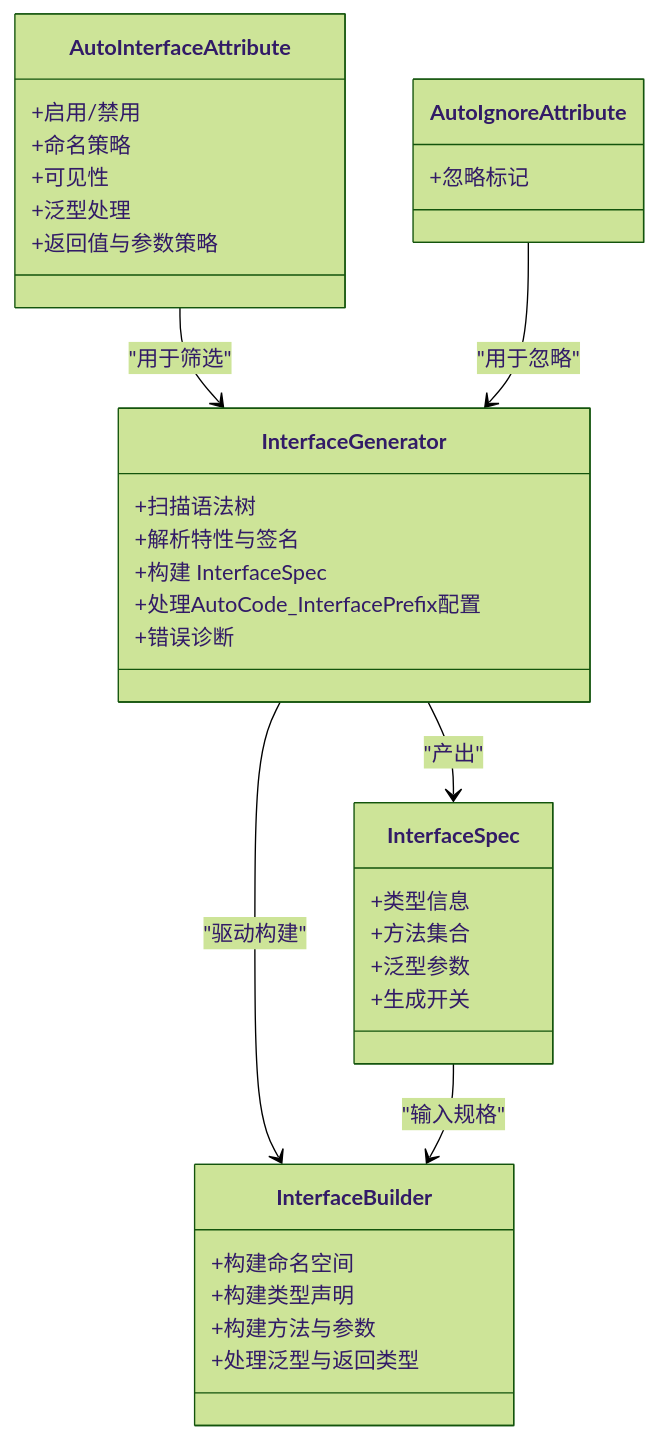
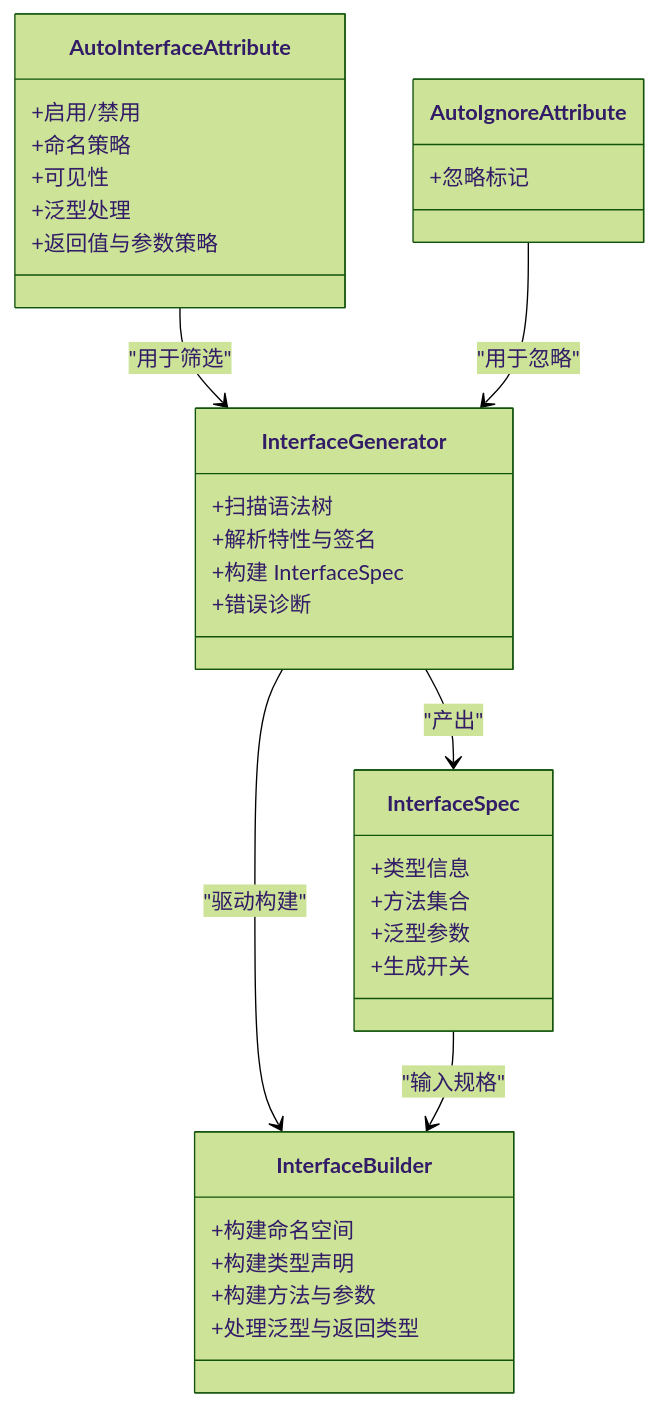
Before and after one commit to alivy/AutoCode: the third of 3 diagrams in .qoder/repowiki/zh/content/源代码生成器/接口生成器.md, drawn with Mermaid (forest theme). The commit also changed other lines of this file and 152 other files, not shown here.

````diff
--- a/.qoder/repowiki/zh/content/源代码生成器/接口生成器.md
+++ b/.qoder/repowiki/zh/content/源代码生成器/接口生成器.md
@@ -279,37 +262,36 @@
 ```mermaid
 classDiagram
 class AutoInterfaceAttribute {
 +启用/禁用
 +命名策略
 +可见性
 +泛型处理
 +返回值与参数策略
 }
 class AutoIgnoreAttribute {
 +忽略标记
 }
 class InterfaceGenerator {
 +扫描语法树
 +解析特性与签名
 +构建 InterfaceSpec
-+处理AutoCode_InterfacePrefix配置
 +错误诊断
 }
 class InterfaceSpec {
 +类型信息
 +方法集合
 +泛型参数
 +生成开关
 }
 class InterfaceBuilder {
 +构建命名空间
 +构建类型声明
 +构建方法与参数
 +处理泛型与返回类型
 }
 AutoInterfaceAttribute --> InterfaceGenerator : "用于筛选"
 AutoIgnoreAttribute --> InterfaceGenerator : "用于忽略"
 InterfaceGenerator --> InterfaceSpec : "产出"
 InterfaceGenerator --> InterfaceBuilder : "驱动构建"
 InterfaceSpec --> InterfaceBuilder : "输入规格"
 ```
````
